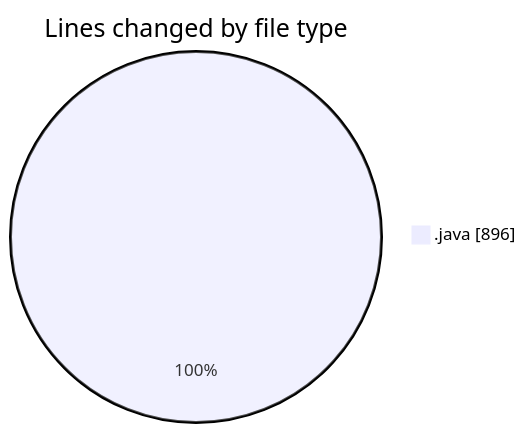
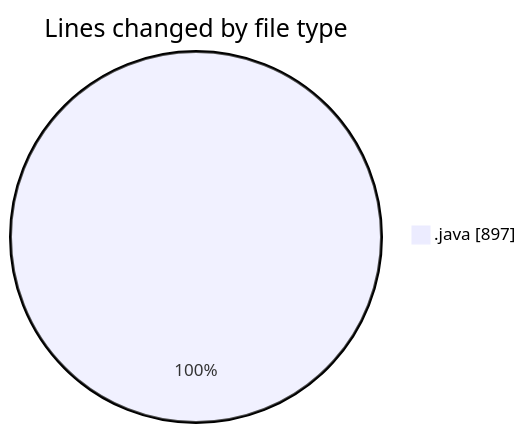
The first of 2 diagrams in 2025-02-21/projet/README.md (Elitesun/code-tracking), drawn with Mermaid before and after one commit. The commit also changed other lines of this file and 1 other file, not shown here.

````diff
--- a/2025-02-21/projet/README.md
+++ b/2025-02-21/projet/README.md
@@ -26,5 +27,5 @@
 ```mermaid
 pie showData
 title Lines changed by file type
-".java" : 896
+".java" : 897
 ```
````
